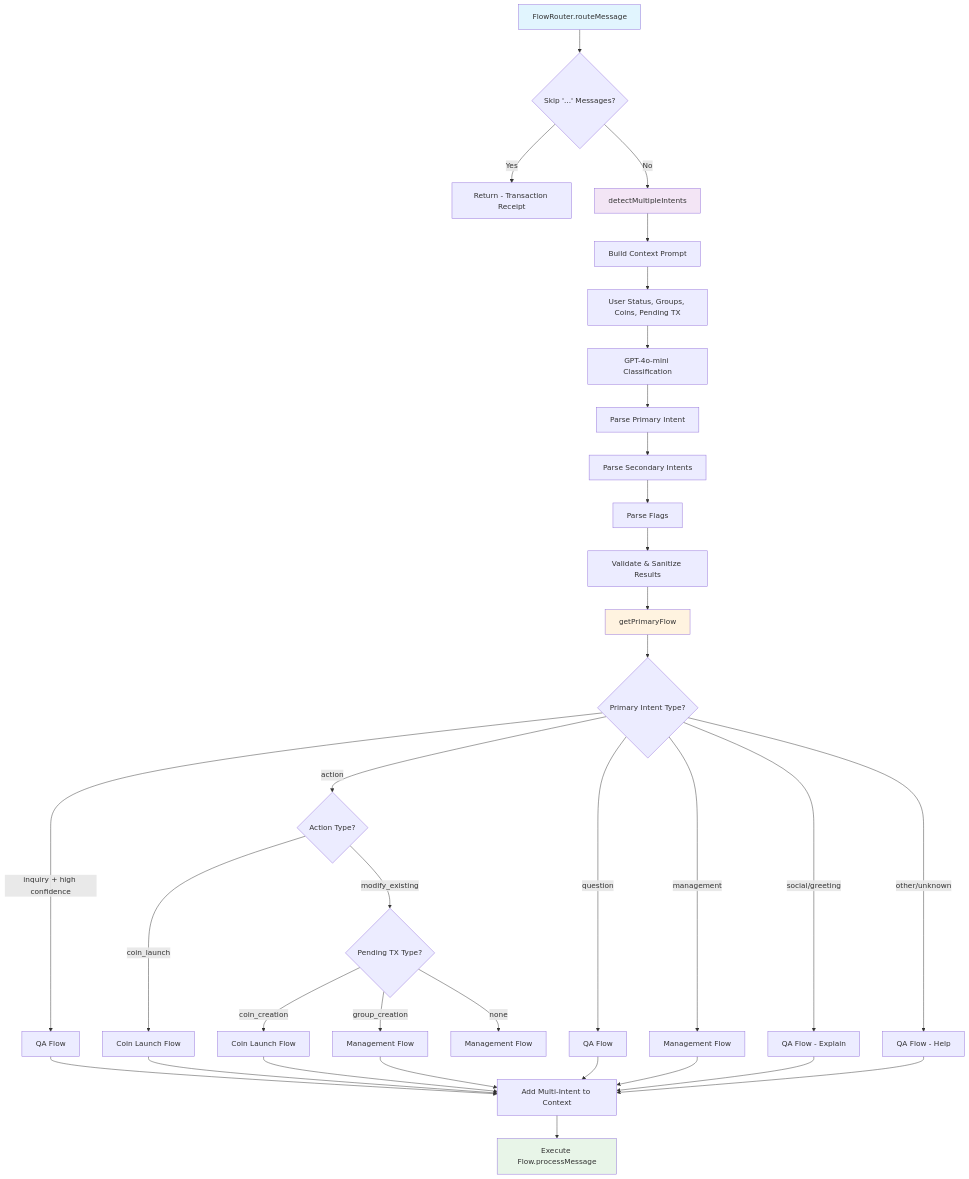
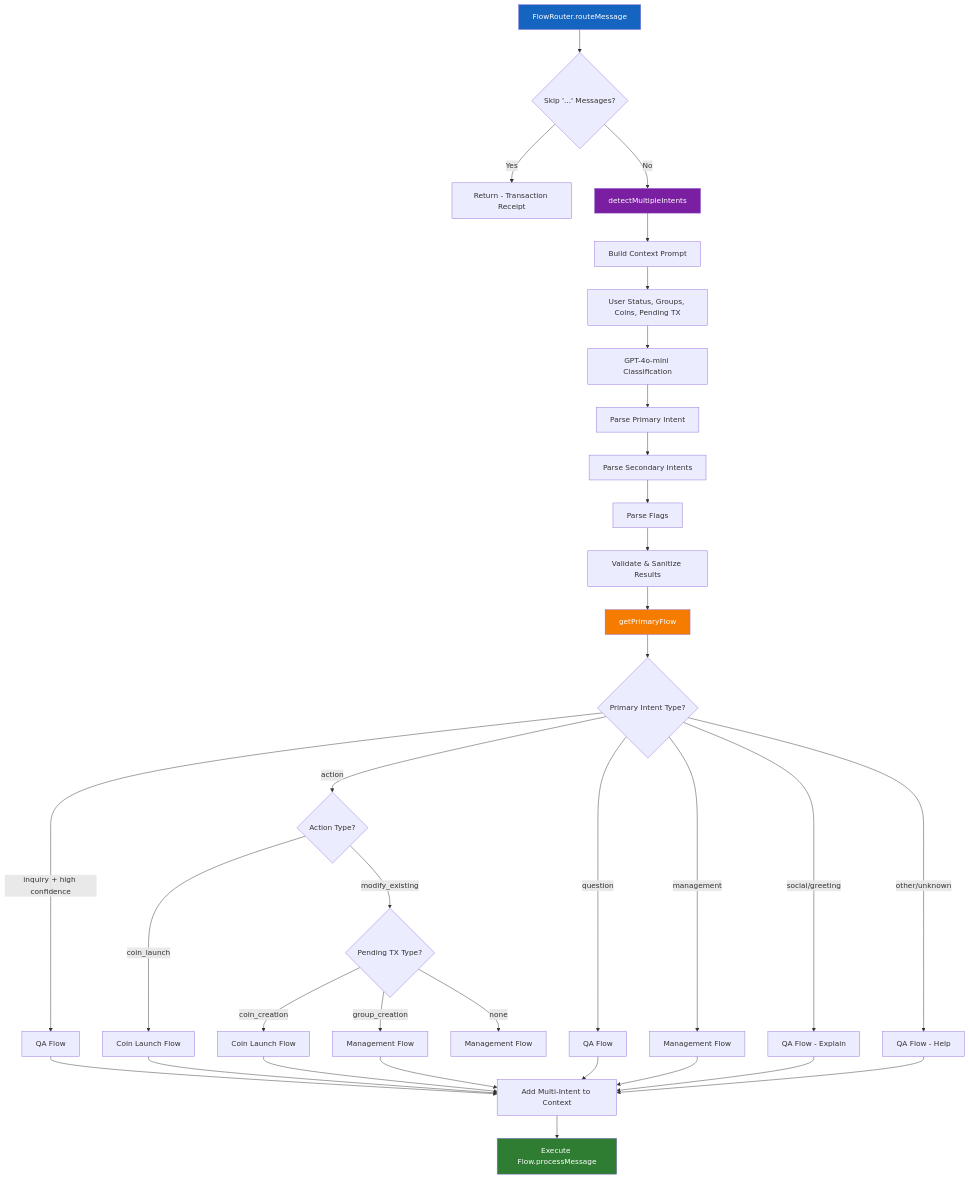
The fifth of 12 diagrams in SYSTEM_ARCHITECTURE.md (flayerlabs/xmtp-flaunchy), drawn with Mermaid before and after one commit. The commit also changed other lines of this file, not shown here.

Commit message:
update system architecture

````diff
--- a/SYSTEM_ARCHITECTURE.md
+++ b/SYSTEM_ARCHITECTURE.md
@@ -257,48 +285,48 @@
 ```mermaid
 graph TD
     A[FlowRouter.routeMessage] --> B{Skip '...' Messages?}
     B -->|Yes| C[Return - Transaction Receipt]
     B -->|No| D[detectMultipleIntents]
 
     D --> E[Build Context Prompt]
     E --> F[User Status, Groups, Coins, Pending TX]
     F --> G[GPT-4o-mini Classification]
 
     G --> H[Parse Primary Intent]
     H --> I[Parse Secondary Intents]
     I --> J[Parse Flags]
 
     J --> K[Validate & Sanitize Results]
     K --> L[getPrimaryFlow]
 
     L --> M{Primary Intent Type?}
     M -->|inquiry + high confidence| N[QA Flow]
     M -->|action| O{Action Type?}
     M -->|question| P[QA Flow]
     M -->|management| Q[Management Flow]
     M -->|social/greeting| R[QA Flow - Explain]
     M -->|other/unknown| S[QA Flow - Help]
 
     O -->|coin_launch| T[Coin Launch Flow]
     O -->|modify_existing| U{Pending TX Type?}
 
     U -->|coin_creation| V[Coin Launch Flow]
     U -->|group_creation| W[Management Flow]
     U -->|none| X[Management Flow]
 
     T --> Y[Add Multi-Intent to Context]
     V --> Y
     W --> Y
     N --> Y
     P --> Y
     Q --> Y
     R --> Y
     S --> Y
 
     Y --> Z[Execute Flow.processMessage]
 
-    style A fill:#e1f5fe
-    style D fill:#f3e5f5
-    style L fill:#fff3e0
-    style Z fill:#e8f5e8
+    style A fill:#1565C0,color:#ffffff
+    style D fill:#7B1FA2,color:#ffffff
+    style L fill:#F57C00,color:#ffffff
+    style Z fill:#2E7D32,color:#ffffff
 ```
````
